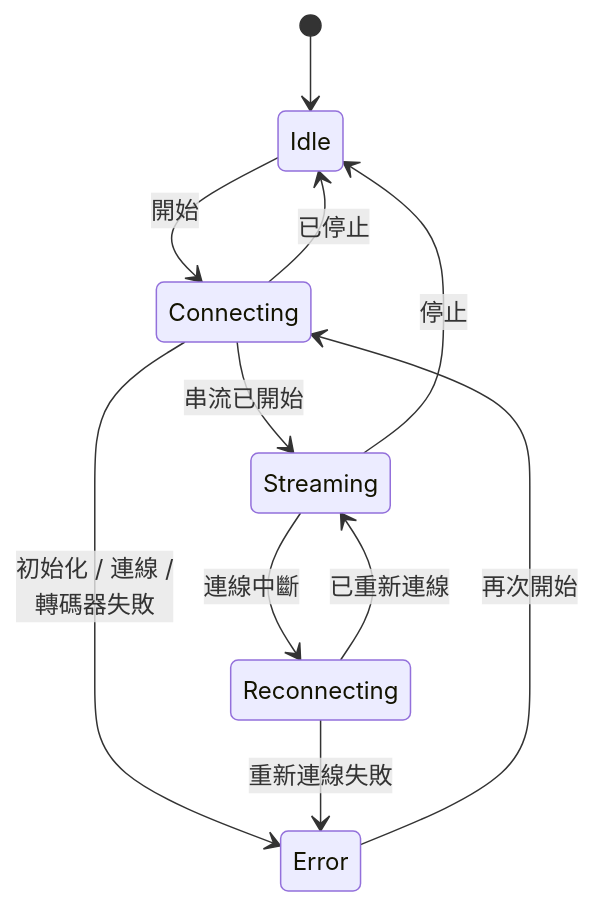
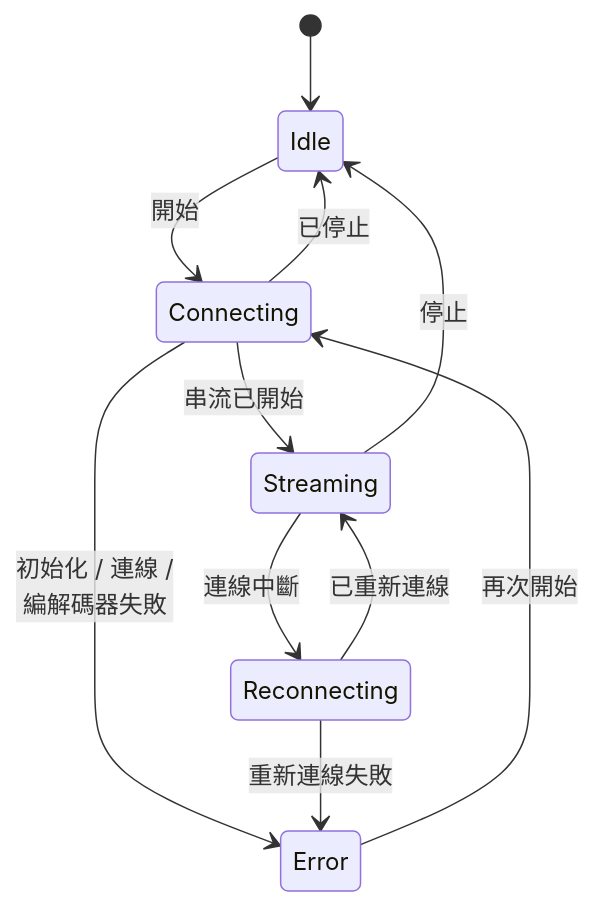
The fourth of 5 diagrams in docs/zh-TW/architecture.md (RxMaxx/A2DP-Windows-Bridge), drawn with Mermaid before and after one commit. The commit also changed other lines of this file and 105 other files, not shown here.

````diff
--- a/docs/zh-TW/architecture.md
+++ b/docs/zh-TW/architecture.md
@@ -215,13 +177,13 @@
 ```mermaid
 stateDiagram-v2
     [*] --> Idle
     Idle --> Connecting: 開始
     Connecting --> Streaming: 串流已開始
     Connecting --> Idle: 已停止
-    Connecting --> Error: 初始化 / 連線 /<br>轉碼器失敗
+    Connecting --> Error: 初始化 / 連線 /<br>編解碼器失敗
     Streaming --> Reconnecting: 連線中斷
     Reconnecting --> Streaming: 已重新連線
     Reconnecting --> Error: 重新連線失敗
     Streaming --> Idle: 停止
     Error --> Connecting: 再次開始
 ```
````
